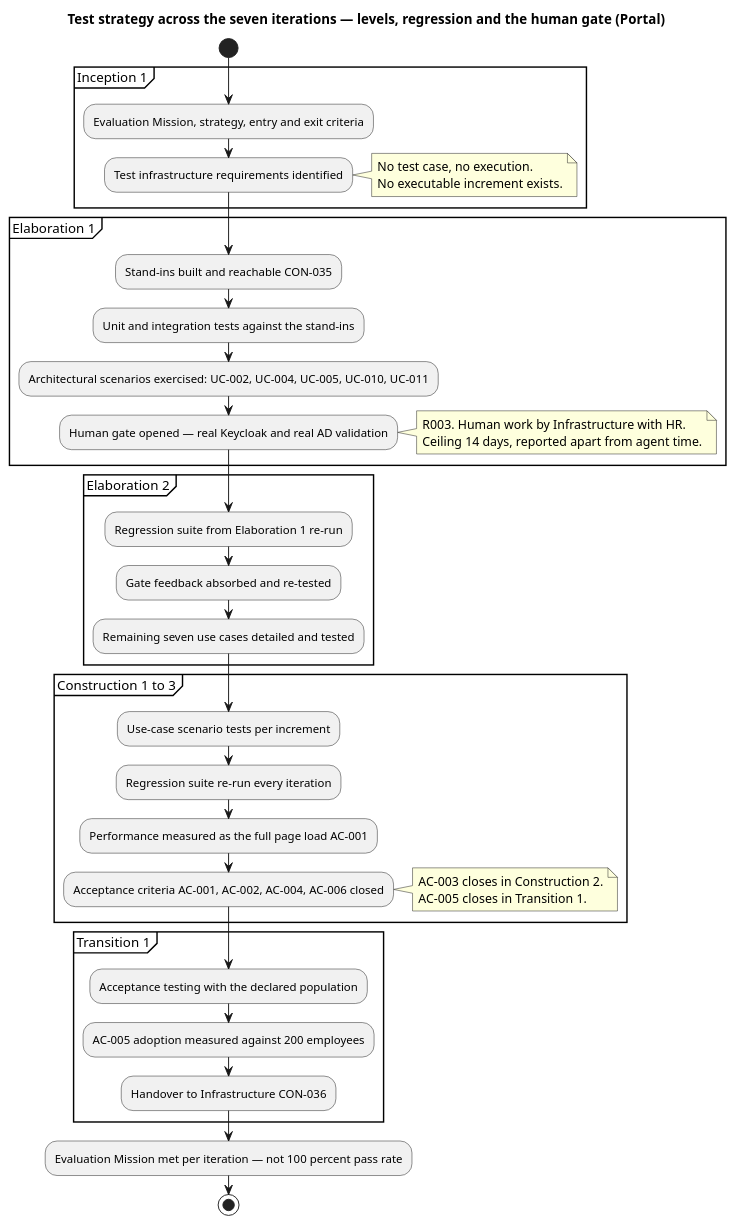
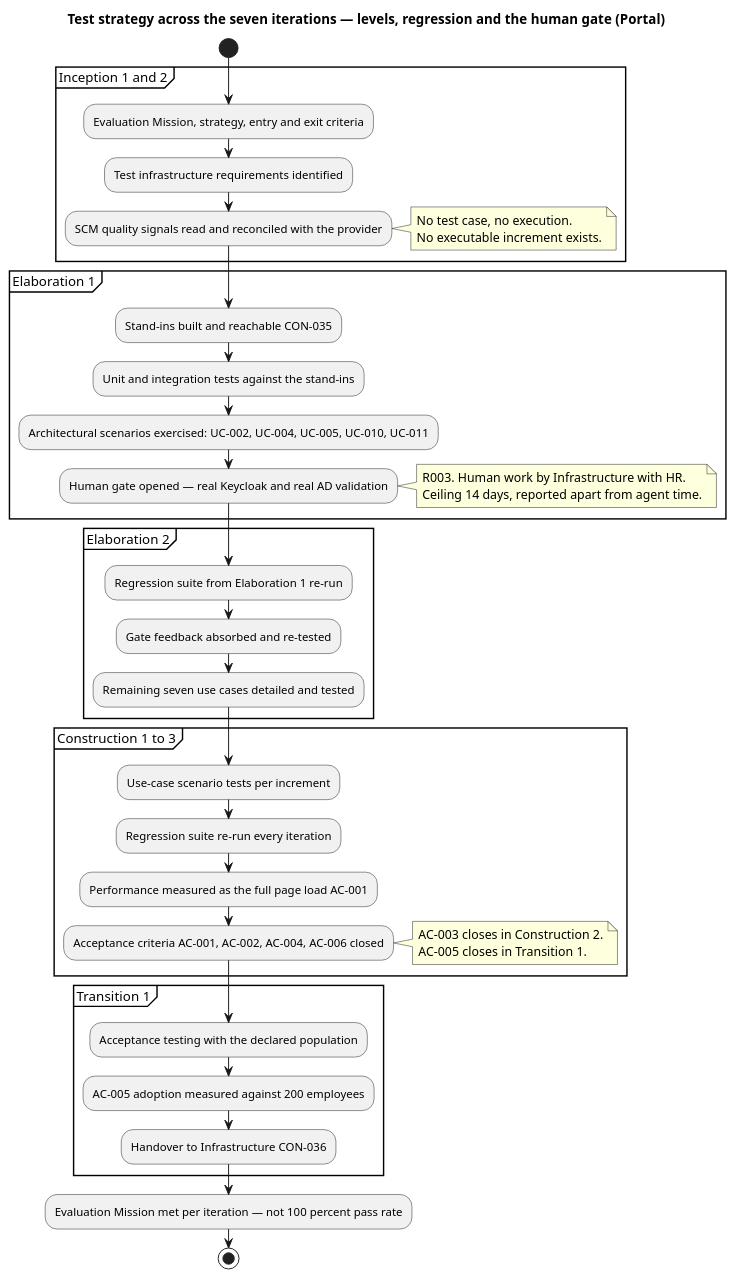
Before and after one commit to banense-test/portal: the first of 3 diagrams in docs/artifacts/test/test-evaluation-summary.md, drawn with PlantUML. The commit also changed other lines of this file, not shown here.

````diff
--- a/docs/artifacts/test/test-evaluation-summary.md
+++ b/docs/artifacts/test/test-evaluation-summary.md
@@ -57,52 +58,53 @@
 ```plantuml
 @startuml
 title Test strategy across the seven iterations — levels, regression and the human gate (Portal)
 
 start
-partition "Inception 1" {
+partition "Inception 1 and 2" {
   :Evaluation Mission, strategy, entry and exit criteria;
   :Test infrastructure requirements identified;
+  :SCM quality signals read and reconciled with the provider;
   note right
     No test case, no execution.
     No executable increment exists.
   end note
 }
 
 partition "Elaboration 1" {
   :Stand-ins built and reachable CON-035;
   :Unit and integration tests against the stand-ins;
   :Architectural scenarios exercised: UC-002, UC-004, UC-005, UC-010, UC-011;
   :Human gate opened — real Keycloak and real AD validation;
   note right
     R003. Human work by Infrastructure with HR.
     Ceiling 14 days, reported apart from agent time.
   end note
 }
 
 partition "Elaboration 2" {
   :Regression suite from Elaboration 1 re-run;
   :Gate feedback absorbed and re-tested;
   :Remaining seven use cases detailed and tested;
 }
 
 partition "Construction 1 to 3" {
   :Use-case scenario tests per increment;
   :Regression suite re-run every iteration;
   :Performance measured as the full page load AC-001;
   :Acceptance criteria AC-001, AC-002, AC-004, AC-006 closed;
   note right
     AC-003 closes in Construction 2.
     AC-005 closes in Transition 1.
   end note
 }
 
 partition "Transition 1" {
   :Acceptance testing with the declared population;
   :AC-005 adoption measured against 200 employees;
   :Handover to Infrastructure CON-036;
 }
 
 :Evaluation Mission met per iteration — not 100 percent pass rate;
 stop
 @enduml
 ```
````
